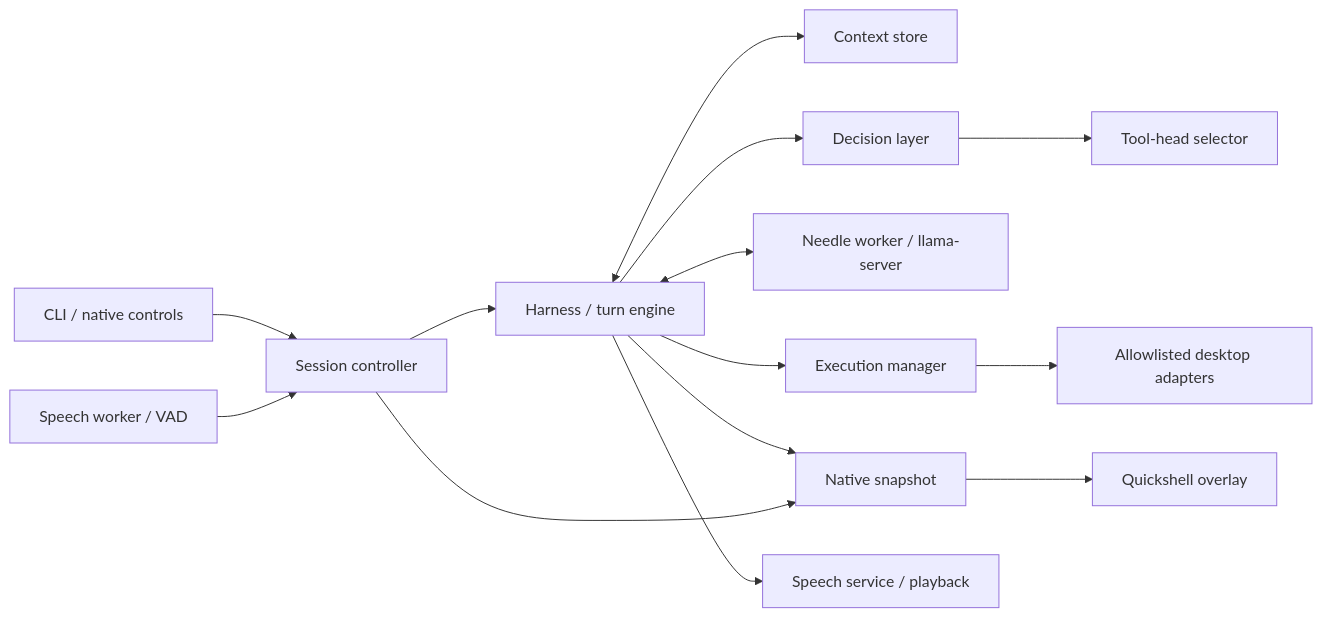
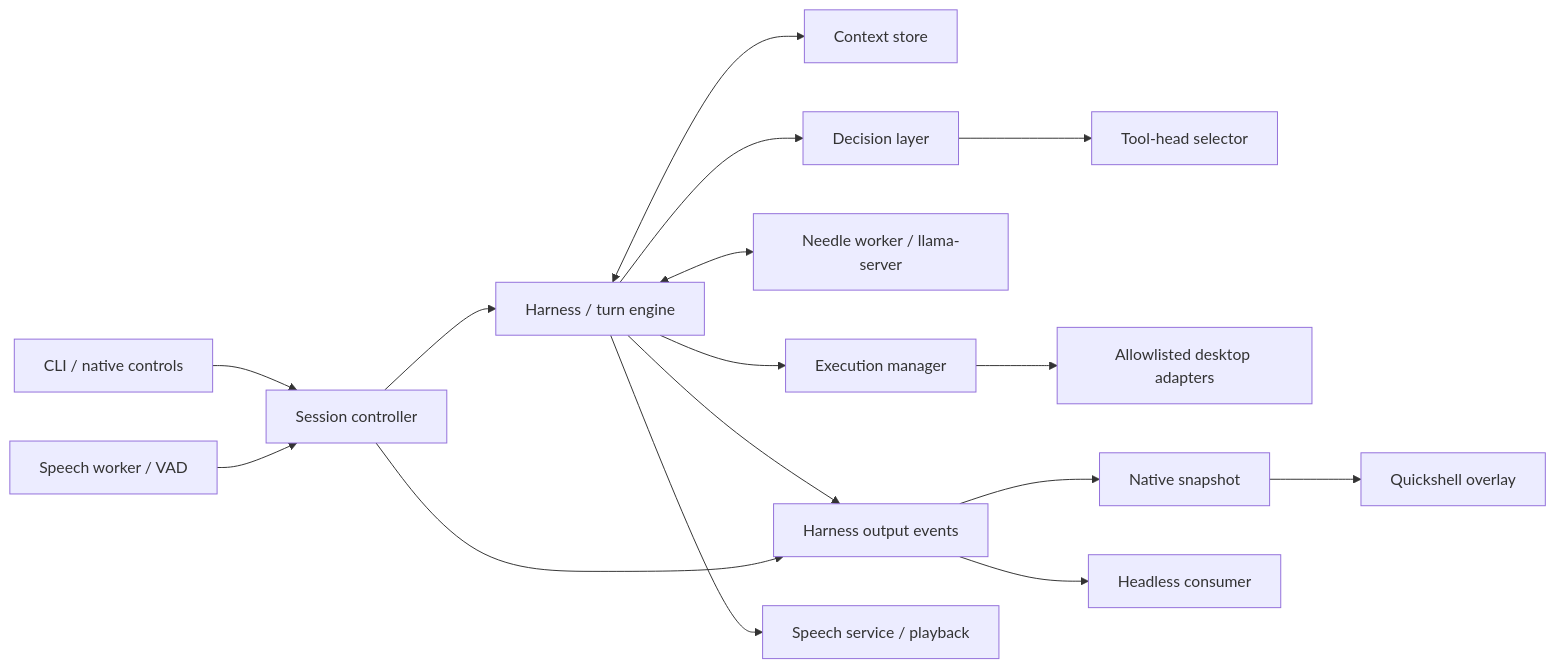
One commit to Janarthanam/agavai changed the diagram in docs/architecture.md. Above: the diagram before and after it, drawn with Mermaid. The commit also changed other lines of this file and 34 other files, not shown here.

Commit message:
Decouple the voice harness through ordered UI-independent events

```diff
--- a/docs/architecture.md
+++ b/docs/architecture.md
@@ -12,16 +12,18 @@
 ~~~mermaid
 flowchart LR
     CLI[CLI / native controls] --> Session[Session controller]
     ASR[Speech worker / VAD] --> Session
     Session --> Harness[Harness / turn engine]
     Harness <--> Context[Context store]
     Harness --> Decisions[Decision layer]
     Decisions --> Heads[Tool-head selector]
     Harness <--> Brain[Needle worker / llama-server]
     Harness --> Execute[Execution manager]
     Execute --> Tools[Allowlisted desktop adapters]
-    Harness --> Snapshot[Native snapshot]
-    Session --> Snapshot
+    Harness --> Events[Harness output events]
+    Session --> Events
+    Events --> Snapshot[Native snapshot]
+    Events --> Collector[Headless consumer]
     Snapshot --> UI[Quickshell overlay]
     Harness --> TTS[Speech service / playback]
 ~~~
```
